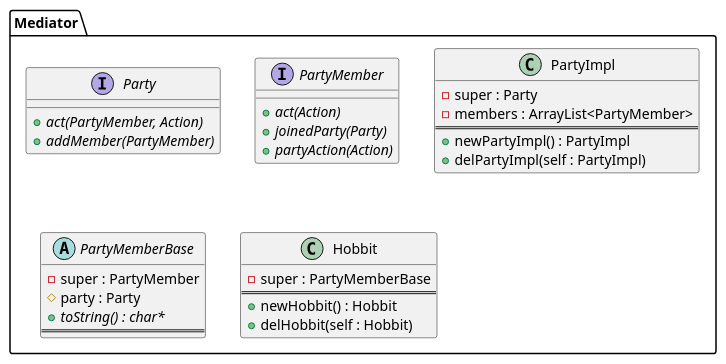
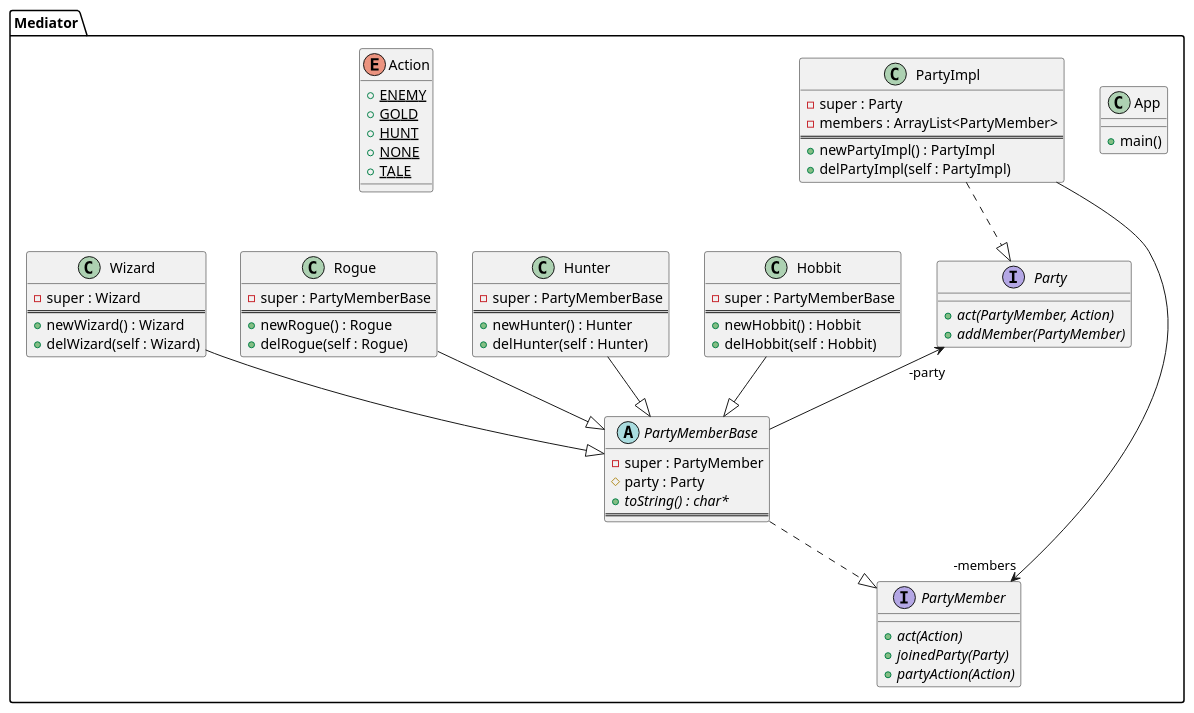
Before and after one commit to qufeiyan/design-patterns-for-c: the diagram in Mediator/Mediator.puml, drawn with PlantUML. The commit also changed 3 other files, not shown here.

```diff
--- a/Mediator/Mediator.puml
+++ b/Mediator/Mediator.puml
@@ -1,34 +1,71 @@
-@startuml
+@startuml mediator 
 package Mediator{
+    class App{
+        + main()
+    }
     interface Party{
         + act(PartyMember, Action) {abstract}
         + addMember(PartyMember) {abstract} 
     }
     interface PartyMember{
         + act(Action) {abstract}
         + joinedParty(Party) {abstract}
         + partyAction(Action) {abstract}
     }
     class PartyImpl{
         - super : Party
         - members : ArrayList<PartyMember> 
         ==
         + newPartyImpl() : PartyImpl
         + delPartyImpl(self : PartyImpl)
     }
     abstract class PartyMemberBase{
         - super : PartyMember
         # party : Party
         + toString() : char* {abstract}
         ==
     }
     class Hobbit{
         - super : PartyMemberBase
         ==
         + newHobbit() : Hobbit
         + delHobbit(self : Hobbit)
     }
+    class Hunter{
+        - super : PartyMemberBase
+        ==
+        + newHunter() : Hunter
+        + delHunter(self : Hunter)
+    }
+    class Rogue{
+        - super : PartyMemberBase
+        ==
+        + newRogue() : Rogue
+        + delRogue(self : Rogue)
+    }
+    class Wizard{
+        - super : Wizard
+        ==
+        + newWizard() : Wizard
+        + delWizard(self : Wizard)
+    }
+    enum Action{
+        + ENEMY {static}
+        + GOLD {static}
+        + HUNT {static}
+        + NONE {static}
+        + TALE {static}
+    }
     
+
+    PartyImpl ..|> Party
+    PartyMemberBase ..|> PartyMember
+    PartyImpl --> "-members" PartyMember 
+    Party "-party" <-- PartyMemberBase
     
+    Hobbit --|> PartyMemberBase
+    Hunter --|> PartyMemberBase
+    Rogue --|> PartyMemberBase
+    Wizard --|> PartyMemberBase 
 }
 @enduml
```
